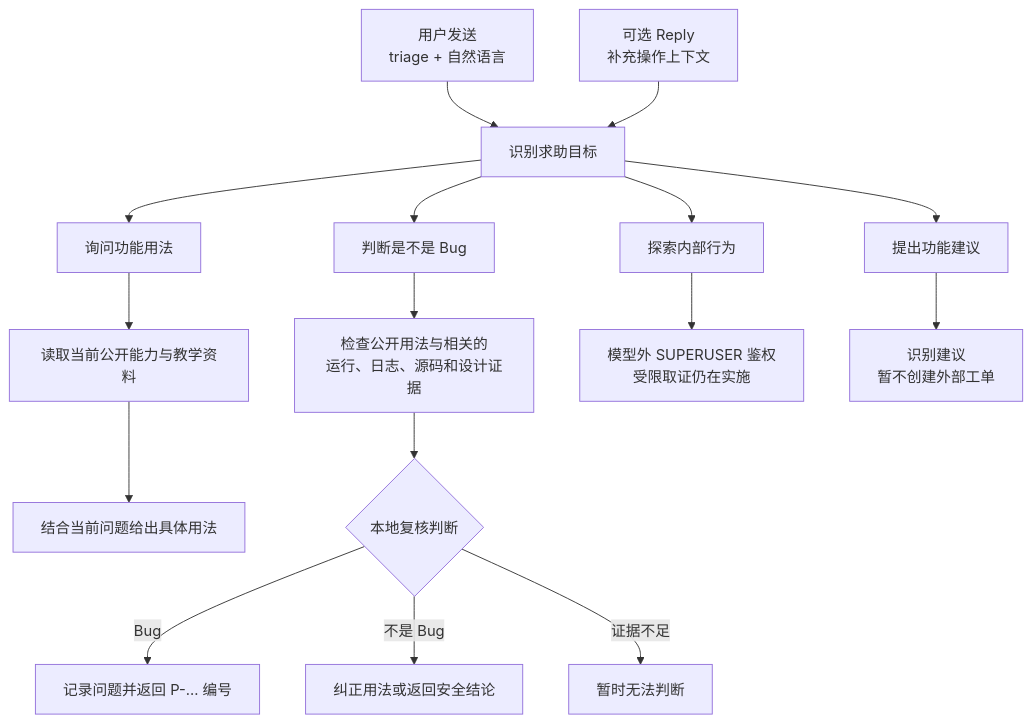
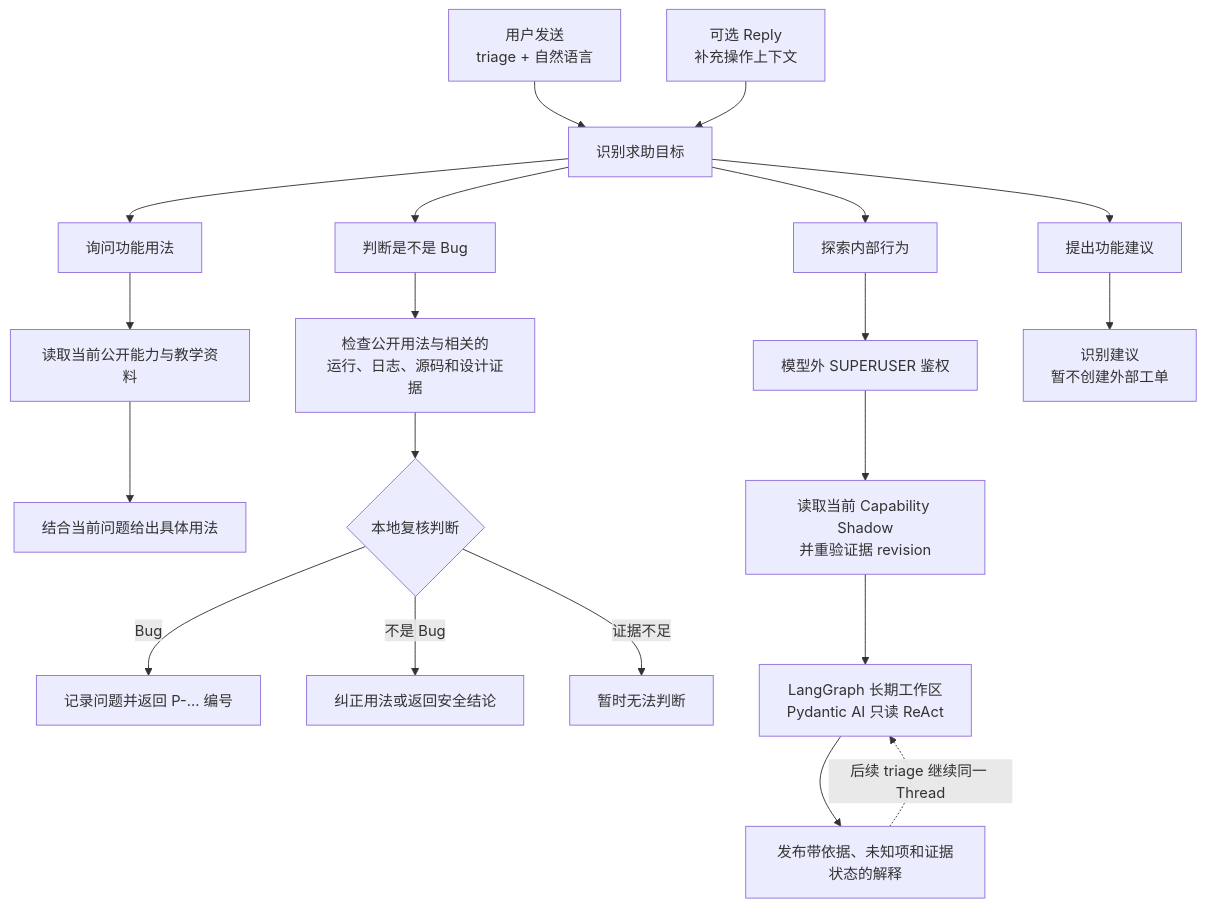
Before and after one commit to Misty02600/nonebot-plugin-triage: the first of 2 diagrams in README.md, drawn with Mermaid. The commit also changed other lines of this file and 82 other files, not shown here.

````diff
--- a/README.md
+++ b/README.md
@@ -28,22 +33,26 @@
 ```mermaid
 flowchart TD
     U["用户发送<br/>triage + 自然语言"] --> C["识别求助目标"]
     R["可选 Reply<br/>补充操作上下文"] --> C
 
     C --> G["询问功能用法"]
     C --> B["判断是不是 Bug"]
     C --> E["探索内部行为"]
     C --> F["提出功能建议"]
 
     G --> K["读取当前公开能力与教学资料"]
     K --> A["结合当前问题给出具体用法"]
 
     B --> V["检查公开用法与相关的<br/>运行、日志、源码和设计证据"]
     V --> D{"本地复核判断"}
     D -->|"Bug"| P["记录问题并返回 P-... 编号"]
     D -->|"不是 Bug"| N["纠正用法或返回安全结论"]
     D -->|"证据不足"| X["暂时无法判断"]
 
-    E --> S["模型外 SUPERUSER 鉴权<br/>受限取证仍在实施"]
+    E --> S["模型外 SUPERUSER 鉴权"]
+    S --> W["读取当前 Capability Shadow<br/>并重验证据 revision"]
+    W --> L["LangGraph 长期工作区<br/>Pydantic AI 只读 ReAct"]
+    L --> H["发布带依据、未知项和证据状态的解释"]
+    H -. "后续 triage 继续同一 Thread" .-> L
     F --> Q["识别建议<br/>暂不创建外部工单"]
 ```
````
